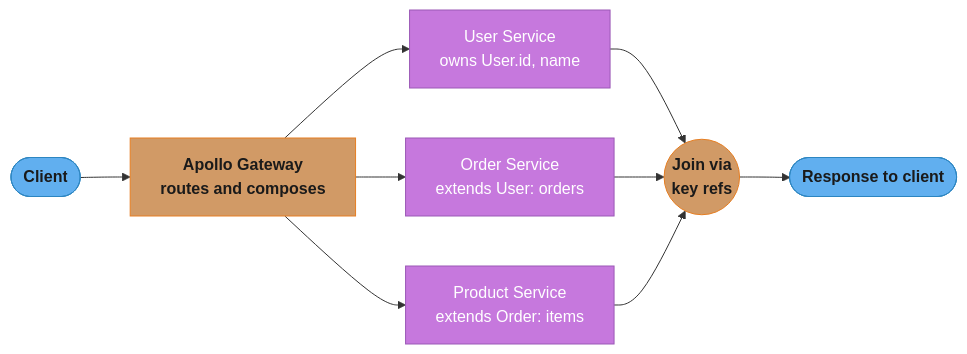
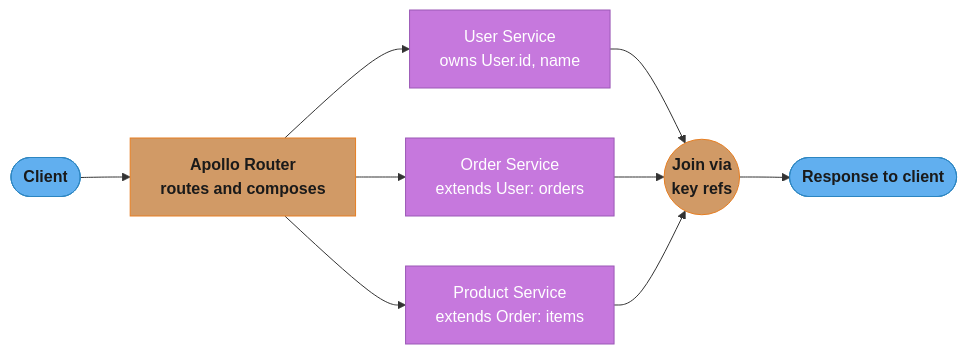
One commit to rppol/system-design changed the fourth of 6 diagrams in src/main/java/com/rutik/systemdesign/backend/graphql/graphql.md. Above: the diagram before and after it, drawn with Mermaid. The commit also changed other lines of this file and 20 other files, not shown here.

````diff
--- a/src/main/java/com/rutik/systemdesign/backend/graphql/graphql.md
+++ b/src/main/java/com/rutik/systemdesign/backend/graphql/graphql.md
@@ -185,23 +185,23 @@
 ```mermaid
 flowchart LR
     classDef io      fill:#61afef,stroke:#2e86c1,color:#1a1a1a,font-weight:bold
     classDef frozen  fill:#c678dd,stroke:#9b59b6,color:#fff
     classDef train   fill:#98c379,stroke:#27ae60,color:#1a1a1a
     classDef mathOp  fill:#d19a66,stroke:#e67e22,color:#1a1a1a,font-weight:bold
     classDef lossN   fill:#e06c75,stroke:#c0392b,color:#fff,font-weight:bold
     classDef req     fill:#56b6c2,stroke:#0097a7,color:#1a1a1a
     classDef base    fill:#e5c07b,stroke:#f39c12,color:#1a1a1a
 
-    C([Client]) --> GW["Apollo Gateway<br/>routes and composes"]
+    C([Client]) --> GW["Apollo Router<br/>routes and composes"]
     GW --> US["User Service<br/>owns User.id, name"]
     GW --> OS["Order Service<br/>extends User: orders"]
     GW --> PS["Product Service<br/>extends Order: items"]
     US --> J(("Join via<br/>key refs"))
     OS --> J
     PS --> J
     J --> R([Response to client])
 
     class C,R io
     class GW,J mathOp
     class US,OS,PS frozen
 ```
````
